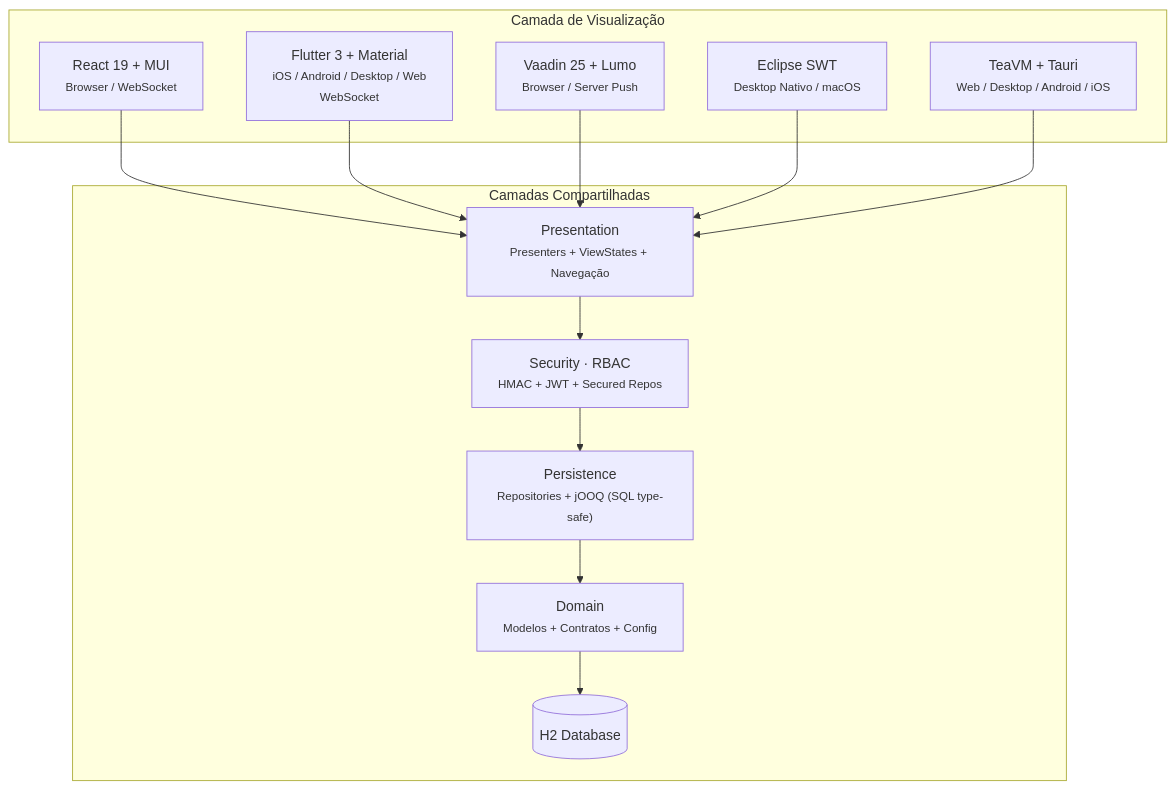
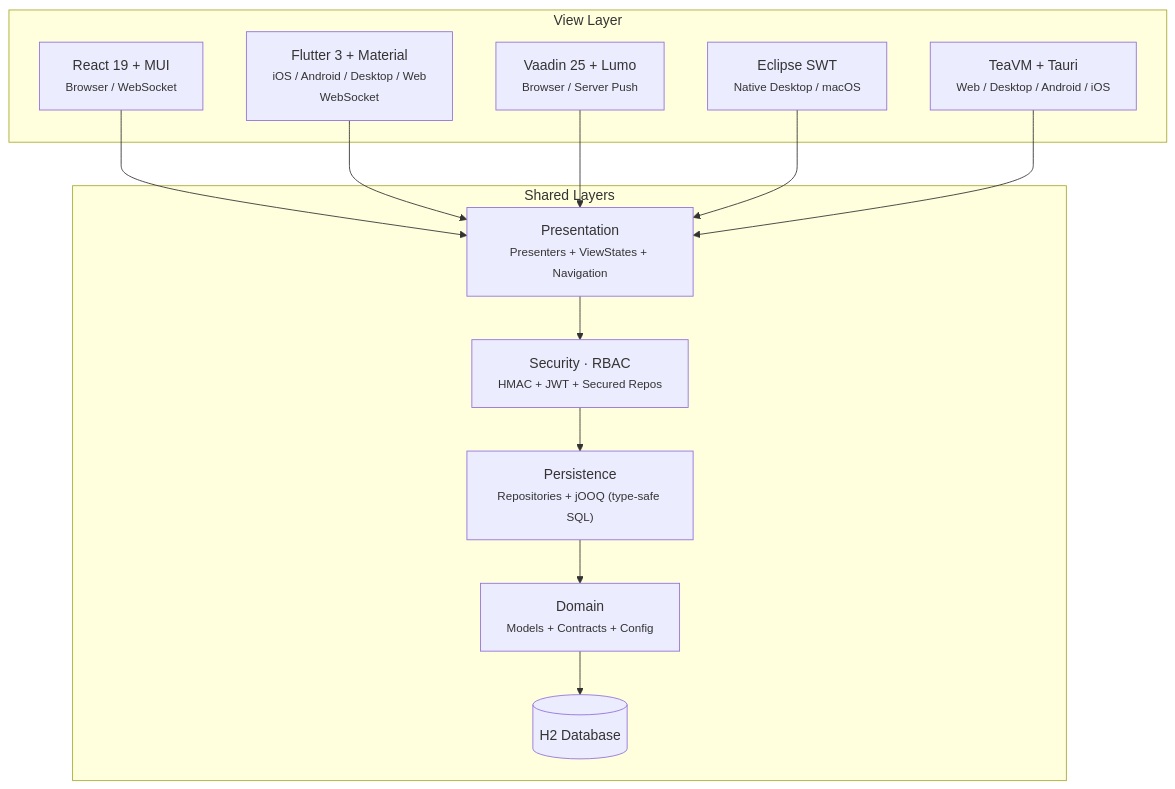
Before and after one commit to mrcdom/wdc-cube-java-v2: the first of 3 diagrams in README.md, drawn with Mermaid. The commit also changed other lines of this file and 69 other files, not shown here.

````diff
--- a/README.md
+++ b/README.md
@@ -13,25 +13,25 @@
 ```mermaid
 graph TD
-    subgraph Views["Camada de Visualização"]
+    subgraph Views["View Layer"]
         R["React 19 + MUI<br/><small>Browser / WebSocket</small>"]
         FL["Flutter 3 + Material<br/><small>iOS / Android / Desktop / Web<br/>WebSocket</small>"]
         V["Vaadin 25 + Lumo<br/><small>Browser / Server Push</small>"]
-        SW["Eclipse SWT<br/><small>Desktop Nativo / macOS</small>"]
+        SW["Eclipse SWT<br/><small>Native Desktop / macOS</small>"]
         TVM["TeaVM + Tauri<br/><small>Web / Desktop / Android / iOS</small>"]
     end
 
-    subgraph Core["Camadas Compartilhadas"]
-        P["Presentation<br/><small>Presenters + ViewStates + Navegação</small>"]
+    subgraph Core["Shared Layers"]
+        P["Presentation<br/><small>Presenters + ViewStates + Navigation</small>"]
         SEC["Security · RBAC<br/><small>HMAC + JWT + Secured Repos</small>"]
-        PER["Persistence<br/><small>Repositories + jOOQ (SQL type-safe)</small>"]
-        DOM["Domain<br/><small>Modelos + Contratos + Config</small>"]
+        PER["Persistence<br/><small>Repositories + jOOQ (type-safe SQL)</small>"]
+        DOM["Domain<br/><small>Models + Contracts + Config</small>"]
         DB[("H2 Database")]
     end
 
     R --> P
     FL --> P
     V --> P
     SW --> P
     TVM --> P
     P --> SEC --> PER --> DOM --> DB
 ```
````
